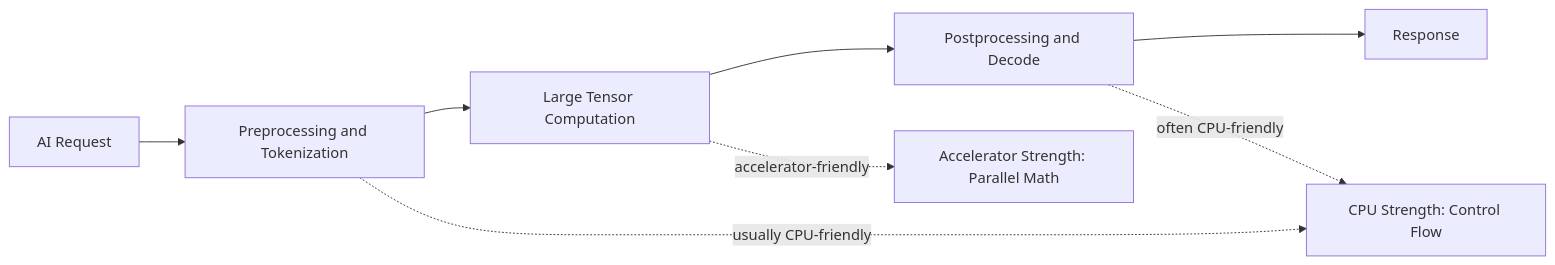
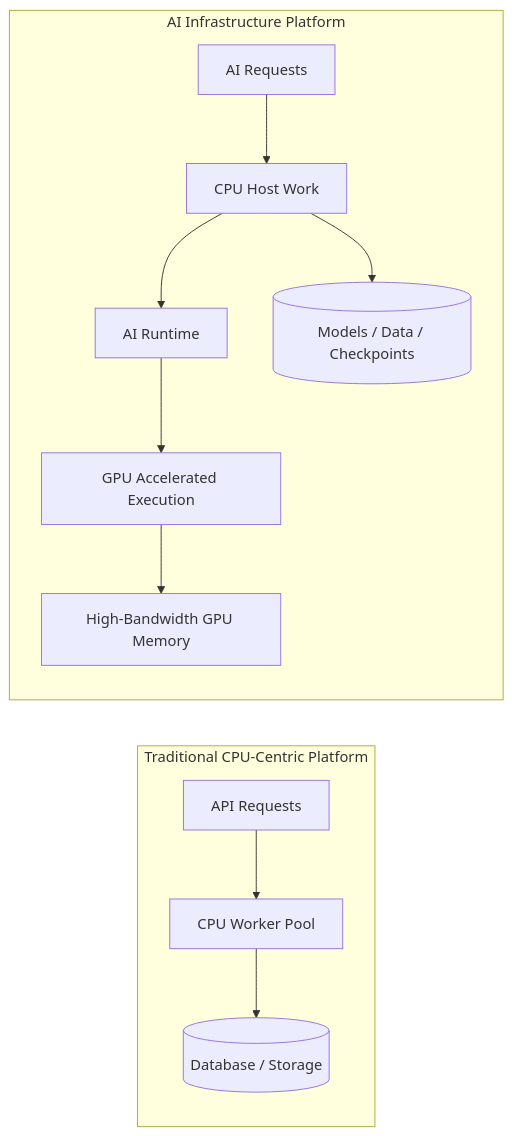
The first of 2 diagrams in docs/nvidia-zero-to-hero/volume-01/chapter-02-why-cpus-became-insufficient.md (jithinpnjm/nvidia-devops), drawn with Mermaid before and after one commit. The commit also changed other lines of this file, not shown here.

Commit message:
rewrite cpu insufficiency chapter presentation

````diff
--- a/docs/nvidia-zero-to-hero/volume-01/chapter-02-why-cpus-became-insufficient.md
+++ b/docs/nvidia-zero-to-hero/volume-01/chapter-02-why-cpus-became-insufficient.md
@@ -88,20 +48,15 @@
 ```mermaid
 flowchart LR
-    request[AI Request]
-    prep[Preprocessing and Tokenization]
-    math[Large Tensor Computation]
-    decode[Postprocessing and Decode]
-    response[Response]
+    subgraph Traditional[Traditional CPU-Centric Platform]
+        API1[API Requests] --> CPUWorkers[CPU Worker Pool]
+        CPUWorkers --> DB[(Database / Storage)]
+    end
 
-    request --> prep
-    prep --> math
-    math --> decode
-    decode --> response
-
-    cpu[CPU Strength: Control Flow]
-    accel[Accelerator Strength: Parallel Math]
-
-    prep -. usually CPU-friendly .-> cpu
-    decode -. often CPU-friendly .-> cpu
-    math -. accelerator-friendly .-> accel
+    subgraph AI[AI Infrastructure Platform]
+        API2[AI Requests] --> Host[CPU Host Work]
+        Host --> Runtime[AI Runtime]
+        Runtime --> GPU[GPU Accelerated Execution]
+        GPU --> HBM[High-Bandwidth GPU Memory]
+        Host --> Storage[(Models / Data / Checkpoints)]
+    end
 ```
````
